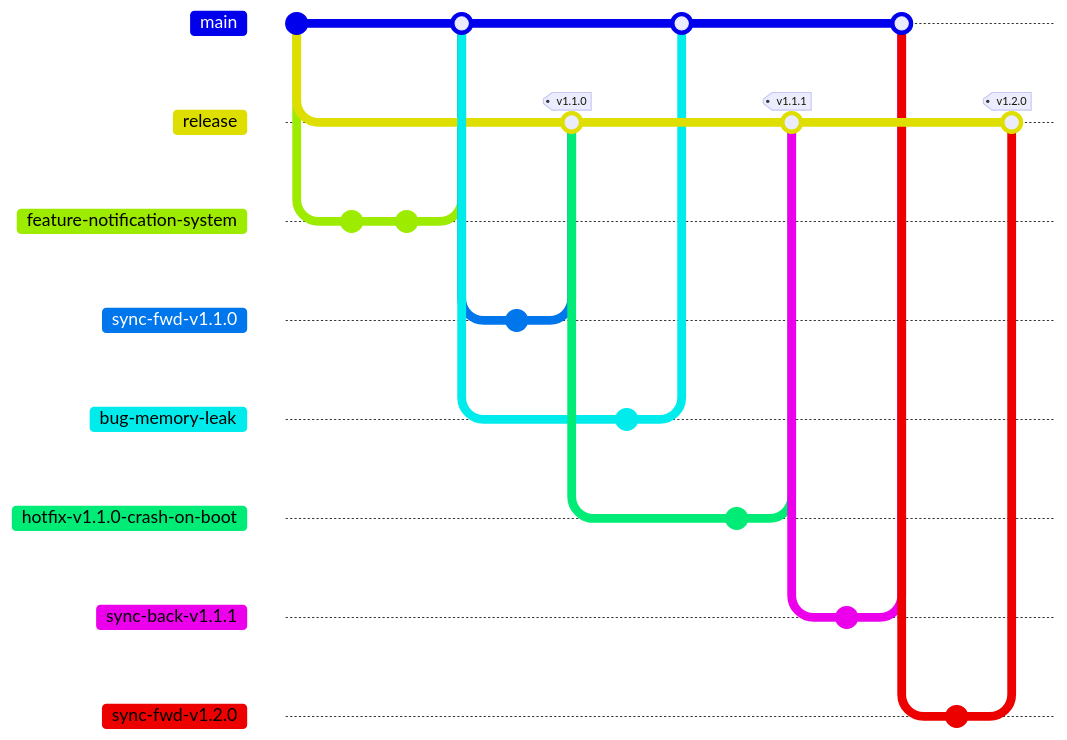
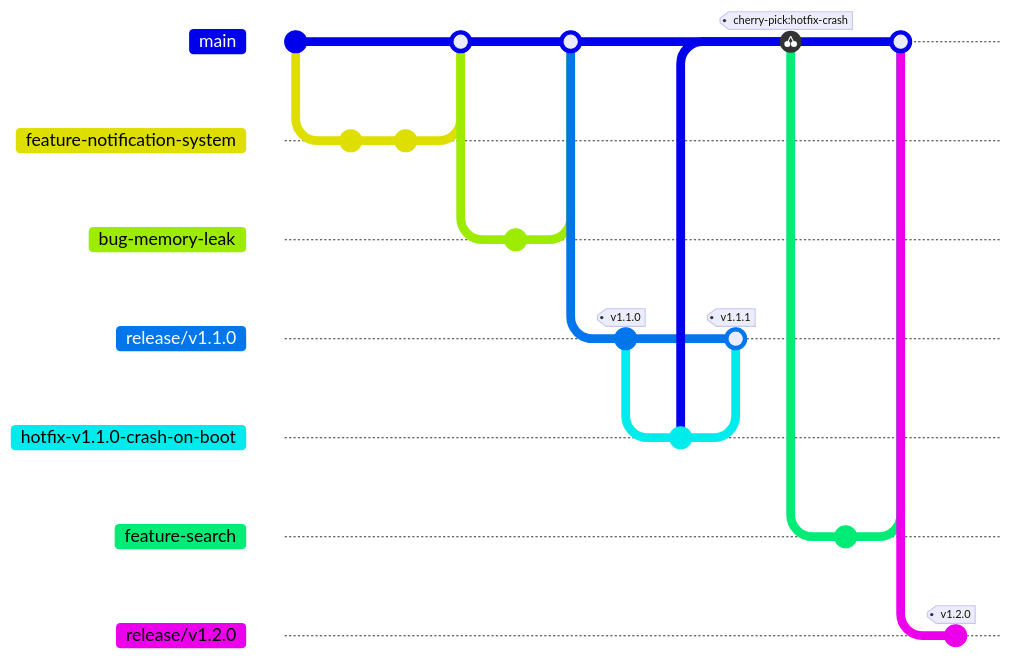
Before and after one commit to andrew54068/git-regulation: the diagram in docs/hit-branch-strategy-and-github-manual.md, drawn with Mermaid. The commit also changed other lines of this file and 1 other file, not shown here. Commit ids are hidden.

First line of the commit message:
[refactor] Move to release-branch-per-version model and drop reverse sync

````diff
--- a/docs/hit-branch-strategy-and-github-manual.md
+++ b/docs/hit-branch-strategy-and-github-manual.md
@@ -38,35 +38,28 @@
 ```mermaid
 %%{init: {'gitGraph': {'showCommitLabel': false, 'mainBranchName': 'main'}} }%%
 gitGraph
     commit
-    branch release
-    checkout main
     branch feature-notification-system
     commit
     commit
     checkout main
     merge feature-notification-system
-    branch sync-fwd-v1.1.0
-    commit
-    checkout release
-    merge sync-fwd-v1.1.0 tag: "v1.1.0"
-    checkout main
     branch bug-memory-leak
     commit
     checkout main
     merge bug-memory-leak
-    checkout release
+    branch "release/v1.1.0"
+    commit tag: "v1.1.0"
     branch hotfix-v1.1.0-crash-on-boot
-    commit
-    checkout release
+    commit id: "hotfix-crash"
+    checkout "release/v1.1.0"
     merge hotfix-v1.1.0-crash-on-boot tag: "v1.1.1"
-    branch sync-back-v1.1.1
+    checkout main
+    cherry-pick id: "hotfix-crash"
+    branch feature-search
     commit
     checkout main
-    merge sync-back-v1.1.1
-    checkout main
-    branch sync-fwd-v1.2.0
-    commit
-    checkout release
-    merge sync-fwd-v1.2.0 tag: "v1.2.0"
+    merge feature-search
+    branch "release/v1.2.0"
+    commit tag: "v1.2.0"
 ```
````
